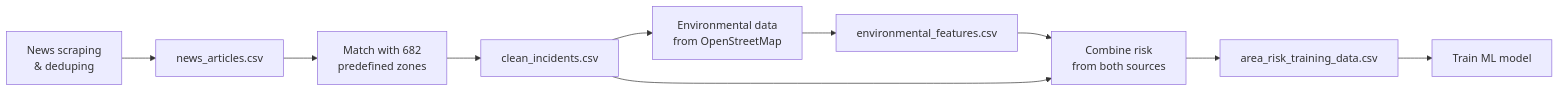
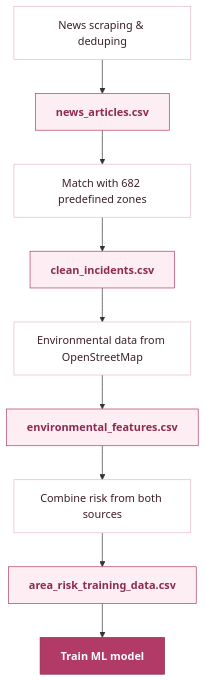
The first of 2 diagrams in README.md (umnia28/Nirvaya_app), drawn with Mermaid before and after one commit. The commit also changed other lines of this file, not shown here.

````diff
--- a/README.md
+++ b/README.md
@@ -113,12 +133,15 @@
 ```mermaid
-flowchart LR
-    A[News scraping<br/>& deduping] --> B[news_articles.csv]
-    B --> C[Match with 682<br/>predefined zones]
-    C --> D[clean_incidents.csv]
-    D --> E[Environmental data<br/>from OpenStreetMap]
-    E --> F[environmental_features.csv]
-    F --> G[Combine risk<br/>from both sources]
-    D --> G
-    G --> H[area_risk_training_data.csv]
-    H --> I[Train ML model]
+flowchart TD
+    A[News scraping &amp; deduping]:::step --> B[news_articles.csv]:::data
+    B --> C[Match with 682 predefined zones]:::step
+    C --> D[clean_incidents.csv]:::data
+    D --> E[Environmental data from OpenStreetMap]:::step
+    E --> F[environmental_features.csv]:::data
+    F --> G[Combine risk from both sources]:::step
+    G --> H[area_risk_training_data.csv]:::data
+    H --> I[Train ML model]:::accent
+
+    classDef step fill:#ffffff,stroke:#e4b9cb,color:#3c1f2d;
+    classDef data fill:#fdeef3,stroke:#b13a66,color:#8d2a50,font-weight:bold;
+    classDef accent fill:#b13a66,stroke:#8d2a50,color:#ffffff,font-weight:bold;
 ```
````
